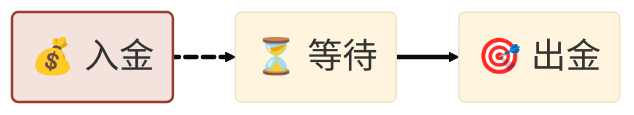
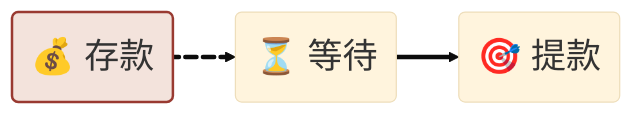
The fifth of 7 diagrams in notes/2026-07-27_privacy_pools/slides.md (ChihChengLiang/notes), drawn with Mermaid (base theme) before and after one commit. The commit also changed other lines of this file, not shown here.

````diff
--- a/notes/2026-07-27_privacy_pools/slides.md
+++ b/notes/2026-07-27_privacy_pools/slides.md
@@ -233,15 +233,15 @@
 ```mermaid
 flowchart LR
-    A("💰 入金")
+    A("💰 存款")
     B("⏳ 等待")
-    C("🎯 出金")
+    C("🎯 提款")
 
     A e1@==> B ==> C
 
     style B font-size:28px
     style C font-size:28px
     e1@{ animate: true }
 
     classDef pulse fill:#f3e3dc,stroke:#993a31,stroke-width:2px,font-size:28px,animation:mermaid-pulse 1.6s ease-in-out infinite
     class A pulse
 ```
````
